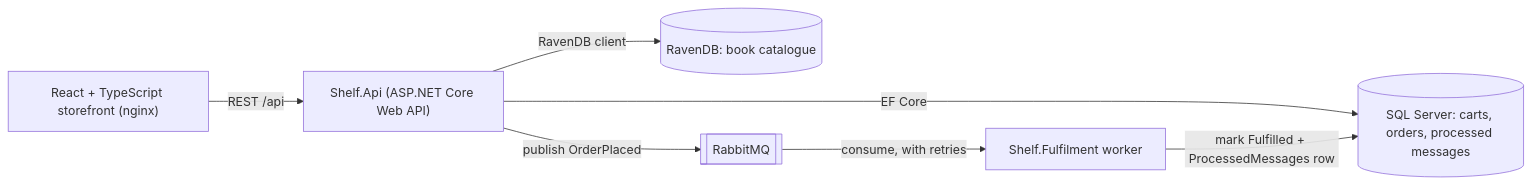
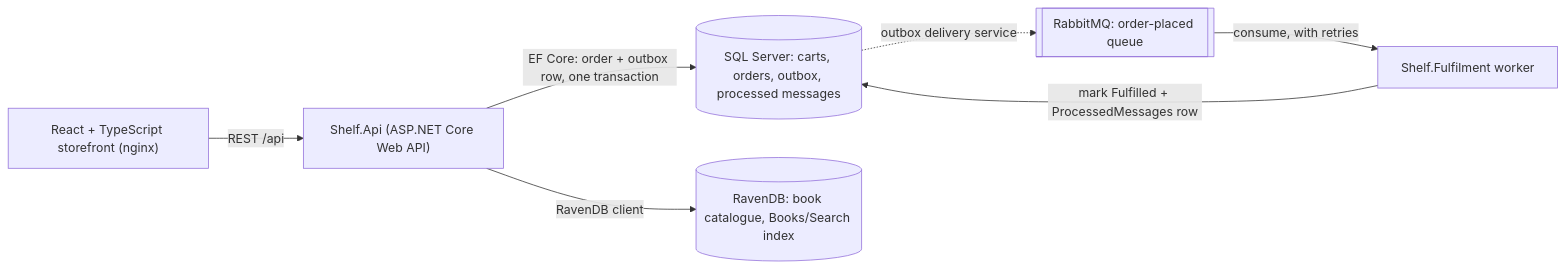
Before and after one commit to Aeripsen/shelf: the diagram in README.md, drawn with Mermaid. The commit also changed other lines of this file and 10 other files, not shown here.

````diff
--- a/README.md
+++ b/README.md
@@ -13,9 +14,9 @@
 ```mermaid
 flowchart LR
   Web["React + TypeScript storefront (nginx)"] -->|"REST /api"| Api["Shelf.Api (ASP.NET Core Web API)"]
-  Api -->|"EF Core"| Sql[("SQL Server: carts, orders, processed messages")]
-  Api -->|"RavenDB client"| Raven[("RavenDB: book catalogue")]
-  Api -->|"publish OrderPlaced"| Mq[["RabbitMQ"]]
+  Api -->|"EF Core: order + outbox row, one transaction"| Sql[("SQL Server: carts, orders, outbox, processed messages")]
+  Api -->|"RavenDB client"| Raven[("RavenDB: book catalogue, Books/Search index")]
+  Sql -. "outbox delivery service" .-> Mq[["RabbitMQ: order-placed queue"]]
   Mq -->|"consume, with retries"| Worker["Shelf.Fulfilment worker"]
   Worker -->|"mark Fulfilled + ProcessedMessages row"| Sql
 ```
````
